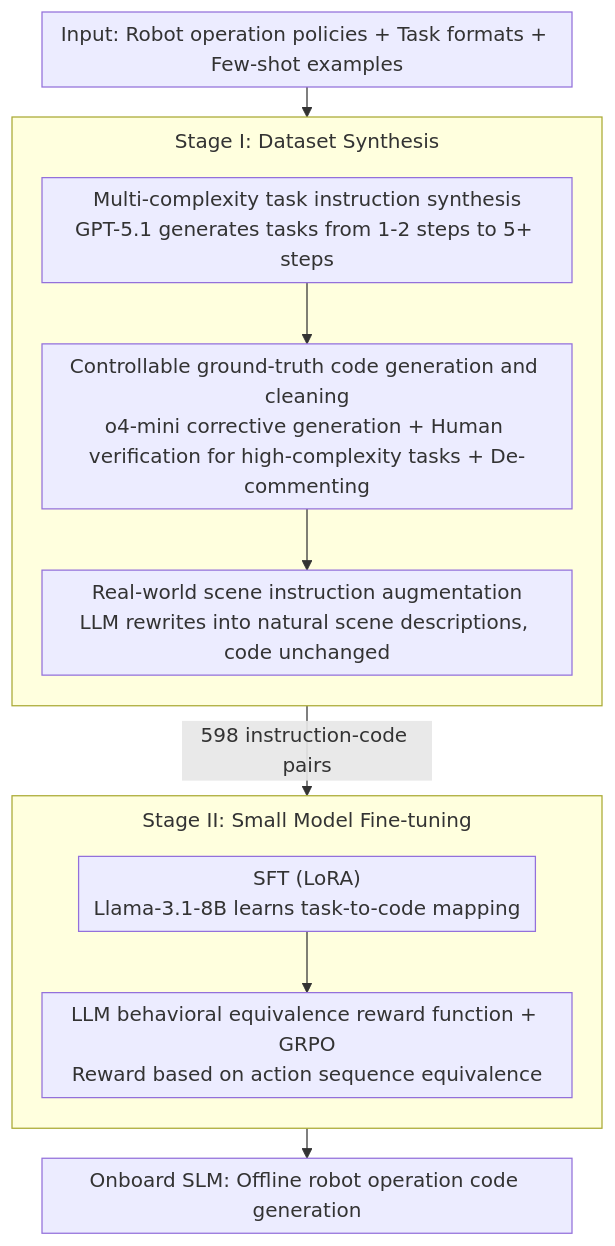
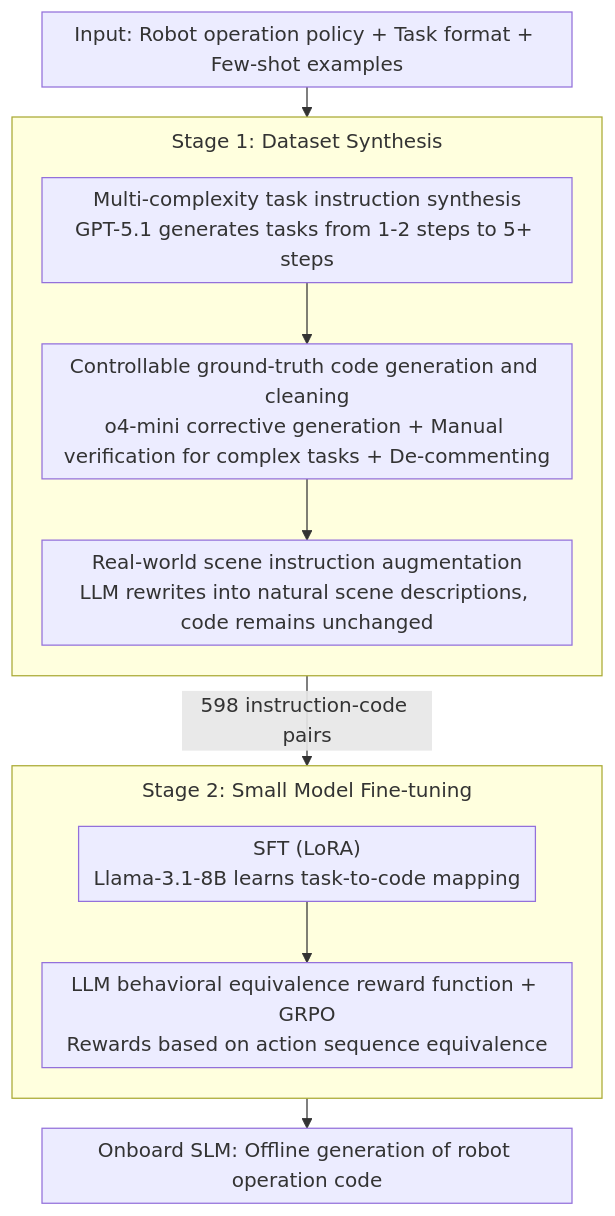
One commit to zhaoyang97/Paper-Notes-en changed the diagram in docs/ACL2026/code_intelligence/ro-slm_onboard_small_language_models_for_robot_task_planning_and_operation_code_.md. Above: the diagram before and after it, drawn with Mermaid. The commit also changed other lines of this file and 5084 other files, not shown here.

````diff
--- a/docs/ACL2026/code_intelligence/ro-slm_onboard_small_language_models_for_robot_task_planning_and_operation_code_.md
+++ b/docs/ACL2026/code_intelligence/ro-slm_onboard_small_language_models_for_robot_task_planning_and_operation_code_.md
@@ -45,21 +45,21 @@
 ```mermaid
 %%{init: {'flowchart': {'rankSpacing': 24, 'nodeSpacing': 28, 'padding': 6, 'wrappingWidth': 400, 'subGraphTitleMargin': {'top': 8, 'bottom': 16}}}}%%
 flowchart TD
-    IN["Input: Robot operation policies + Task formats + Few-shot examples"]
-    subgraph S1["Stage I: Dataset Synthesis"]
+    IN["Input: Robot operation policy + Task format + Few-shot examples"]
+    subgraph S1["Stage 1: Dataset Synthesis"]
         direction TB
         D1["Multi-complexity task instruction synthesis<br/>GPT-5.1 generates tasks from 1-2 steps to 5+ steps"]
-        D2["Controllable ground-truth code generation and cleaning<br/>o4-mini corrective generation + Human verification for high-complexity tasks + De-commenting"]
-        D3["Real-world scene instruction augmentation<br/>LLM rewrites into natural scene descriptions, code unchanged"]
+        D2["Controllable ground-truth code generation and cleaning<br/>o4-mini corrective generation + Manual verification for complex tasks + De-commenting"]
+        D3["Real-world scene instruction augmentation<br/>LLM rewrites into natural scene descriptions, code remains unchanged"]
         D1 --> D2 --> D3
     end
-    subgraph S2["Stage II: Small Model Fine-tuning"]
+    subgraph S2["Stage 2: Small Model Fine-tuning"]
         direction TB
         SFT["SFT (LoRA)<br/>Llama-3.1-8B learns task-to-code mapping"]
-        D4["LLM behavioral equivalence reward function + GRPO<br/>Reward based on action sequence equivalence"]
+        D4["LLM behavioral equivalence reward function + GRPO<br/>Rewards based on action sequence equivalence"]
         SFT --> D4
     end
     IN --> S1
     S1 -->|598 instruction-code pairs| S2
-    S2 --> OUT["Onboard SLM: Offline robot operation code generation"]
+    S2 --> OUT["Onboard SLM: Offline generation of robot operation code"]
 ```
````
